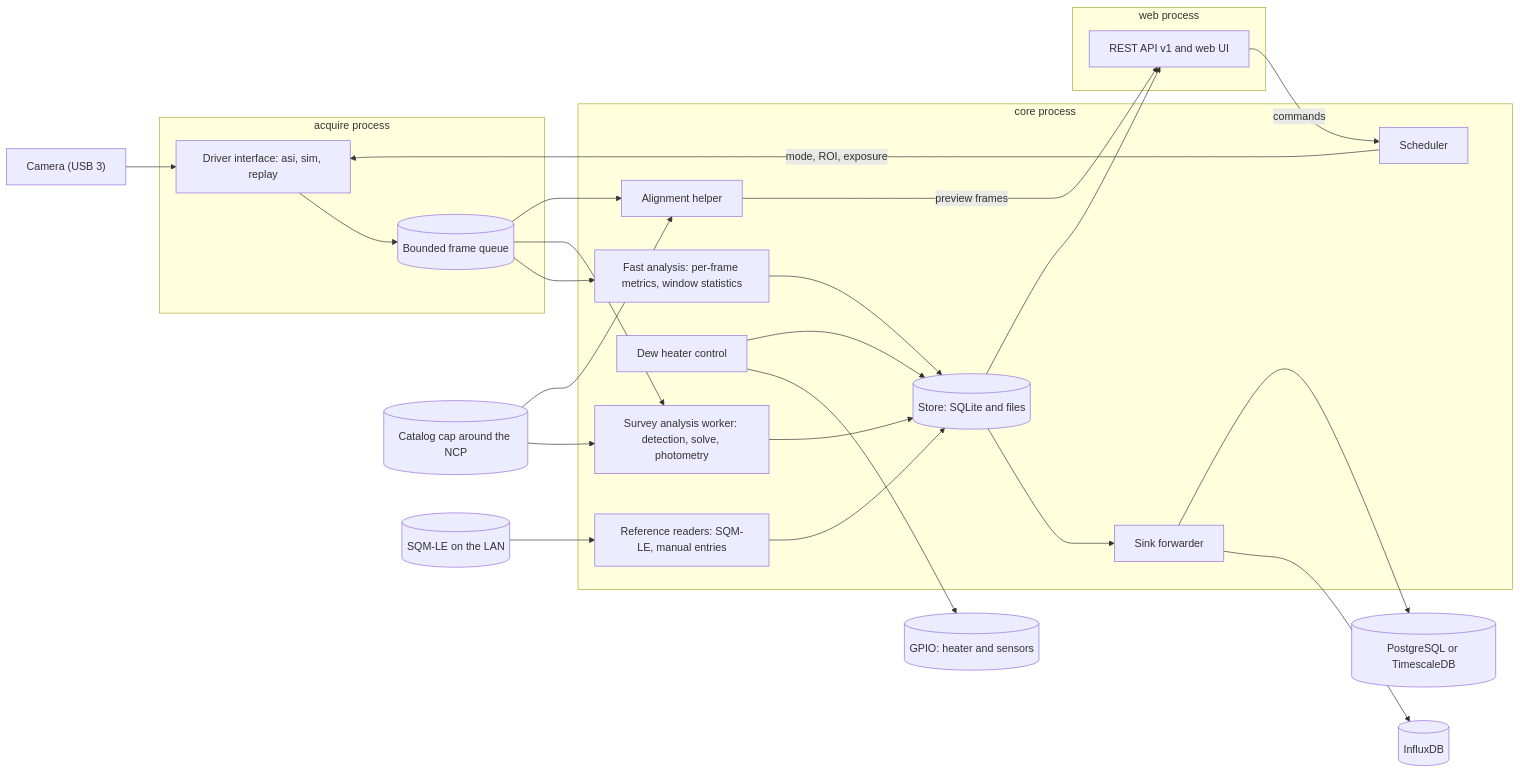
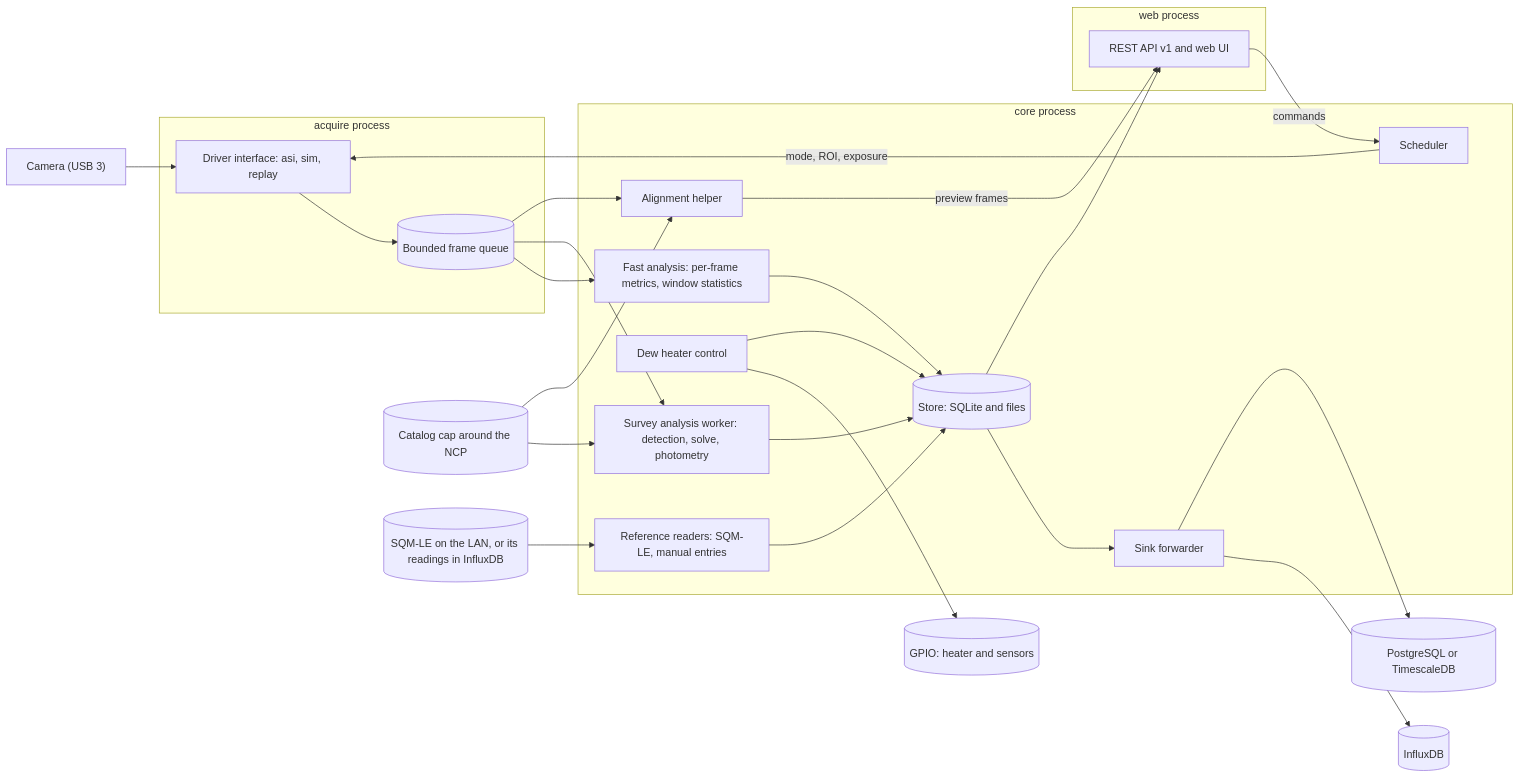
The diagram in docs/architecture.md (komakallio/seeing-monitor), drawn with Mermaid before and after one commit. The commit also changed other lines of this file, not shown here.

First line of the commit message:
Describe the two sources of the SQM-LE readings in the architecture

````diff
--- a/docs/architecture.md
+++ b/docs/architecture.md
@@ -46,44 +46,44 @@
 ```mermaid
 flowchart LR
   CAM["Camera (USB 3)"]
   subgraph ACQ["acquire process"]
     DRV["Driver interface: asi, sim, replay"]
     Q[("Bounded frame queue")]
   end
   subgraph CORE["core process"]
     SCH["Scheduler"]
     FAST["Fast analysis: per-frame metrics, window statistics"]
     SURV["Survey analysis worker: detection, solve, photometry"]
     ALN["Alignment helper"]
     HEAT["Dew heater control"]
     REF["Reference readers: SQM-LE, manual entries"]
     STORE[("Store: SQLite and files")]
     OUT["Sink forwarder"]
   end
   subgraph WEB["web process"]
     API["REST API v1 and web UI"]
   end
   CAT[("Catalog cap around the NCP")]
   HW[("GPIO: heater and sensors")]
-  SQM[("SQM-LE on the LAN")]
+  SQM[("SQM-LE on the LAN, or its readings in InfluxDB")]
   INFLUX[("InfluxDB")]
   PG[("PostgreSQL or TimescaleDB")]
   CAM --> DRV --> Q
   SCH -- "mode, ROI, exposure" --> DRV
   Q --> FAST
   Q --> SURV
   Q --> ALN
   FAST --> STORE
   SURV --> STORE
   CAT --> SURV
   CAT --> ALN
   HEAT --> HW
   HEAT --> STORE
   SQM --> REF --> STORE
   STORE --> OUT
   OUT --> INFLUX
   OUT --> PG
   STORE --> API
   ALN -- "preview frames" --> API
   API -- "commands" --> SCH
 ```
````
